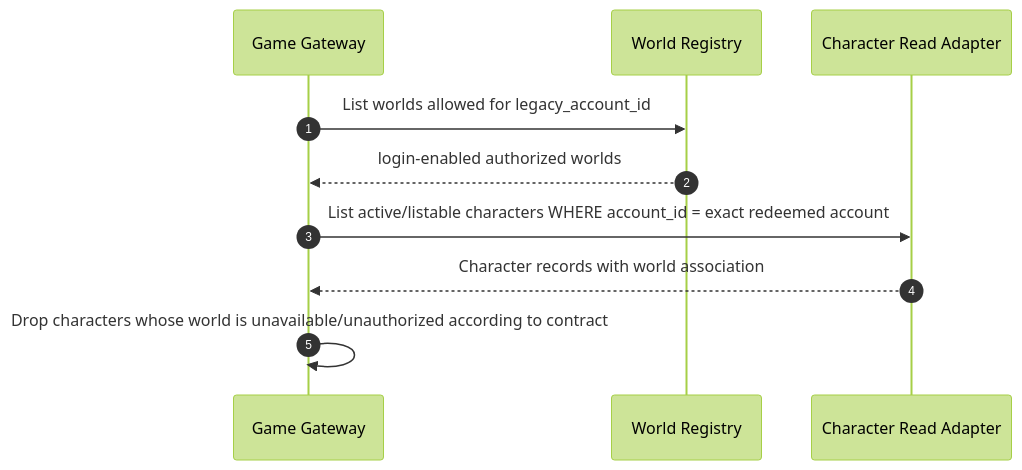
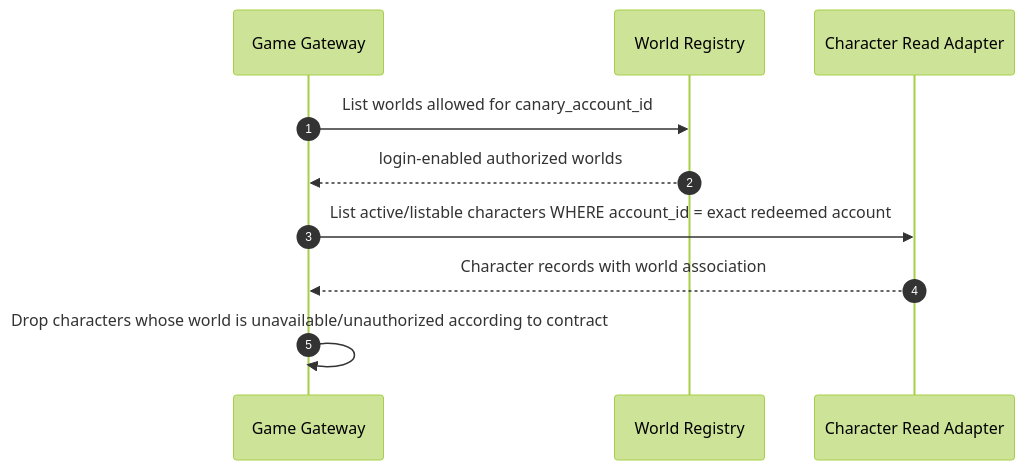
One commit to Oteryn/Oteryn-Platform changed diagram 17 of 24 in docs/architecture/GAME_AUTH_SEQUENCE_DIAGRAMS.md. Above: the diagram before and after it, drawn with Mermaid (forest theme). The commit also changed other lines of this file and 5 other files, not shown here.

````diff
--- a/docs/architecture/GAME_AUTH_SEQUENCE_DIAGRAMS.md
+++ b/docs/architecture/GAME_AUTH_SEQUENCE_DIAGRAMS.md
@@ -386,13 +386,13 @@
 ```mermaid
 sequenceDiagram
     autonumber
     participant G as Game Gateway
     participant W as World Registry
     participant R as Character Read Adapter
 
-    G->>W: List worlds allowed for legacy_account_id
+    G->>W: List worlds allowed for canary_account_id
     W-->>G: login-enabled authorized worlds
     G->>R: List active/listable characters WHERE account_id = exact redeemed account
     R-->>G: Character records with world association
     G->>G: Drop characters whose world is unavailable/unauthorized according to contract
 ```
````
